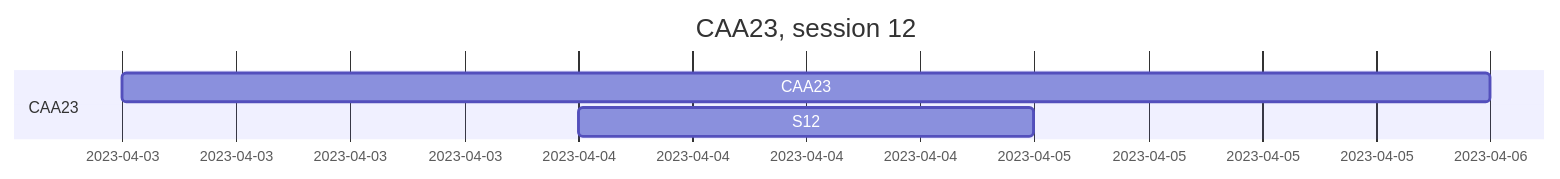
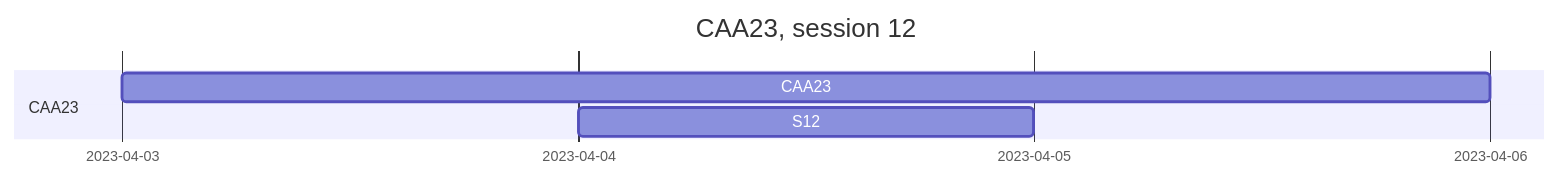
One commit to archaeochrono/caa23 changed the diagram in README.md. Above: the diagram before and after it, drawn with Mermaid.

Commit message:
timeline

````diff
--- a/README.md
+++ b/README.md
@@ -8,8 +8,10 @@
 ```mermaid
 gantt
     title CAA23, session 12
     dateFormat  YYYY-MM-DD
+    tickInterval 1day
+    excludes    weekends
     section CAA23
     CAA23                    : a0, 2023-04-03, 2023-04-06
     S12                      : a0, 2023-04-04, 1d
 ```
````
